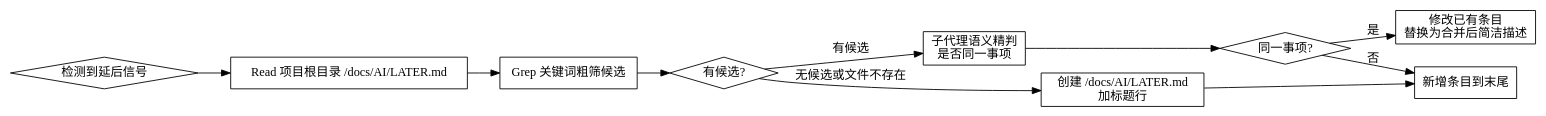
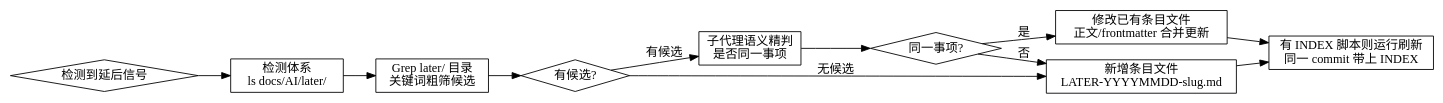
The diagram in dd-later-tracking/SKILL.md (marcocpt/trae_skills), drawn with Graphviz before and after one commit. The commit also changed other lines of this file and 2 other files, not shown here.

First line of the commit message:
refactor(skills): switch LATER tracking to one-file-per-item

````diff
--- a/dd-later-tracking/SKILL.md
+++ b/dd-later-tracking/SKILL.md
@@ -63,26 +77,27 @@
 ```dot
 digraph later_flow {
     rankdir=LR;
     node [shape=box];
 
     detect [label="检测到延后信号" shape=diamond];
-    read [label="Read 项目根目录 /docs/AI/LATER.md"];
-    grep [label="Grep 关键词粗筛候选"];
+    ls [label="检测体系\nls docs/AI/later/"];
+    grep [label="Grep later/ 目录\n关键词粗筛候选"];
     found [label="有候选?" shape=diamond];
     subagent [label="子代理语义精判\n是否同一事项"];
     same [label="同一事项?" shape=diamond];
-    modify [label="修改已有条目\n替换为合并后简洁描述"];
-    add [label="新增条目到末尾"];
-    init [label="创建 /docs/AI/LATER.md\n加标题行"];
+    modify [label="修改已有条目文件\n正文/frontmatter 合并更新"];
+    add [label="新增条目文件\nLATER-YYYYMMDD-slug.md"];
+    index [label="有 INDEX 脚本则运行刷新\n同一 commit 带上 INDEX"];
 
-    detect -> read;
-    read -> grep;
+    detect -> ls;
+    ls -> grep;
     grep -> found;
-    found -> init [label="无候选或文件不存在"];
+    found -> add [label="无候选"];
     found -> subagent [label="有候选"];
     subagent -> same;
     same -> modify [label="是"];
     same -> add [label="否"];
-    init -> add;
+    modify -> index;
+    add -> index;
 }
 ```
````
